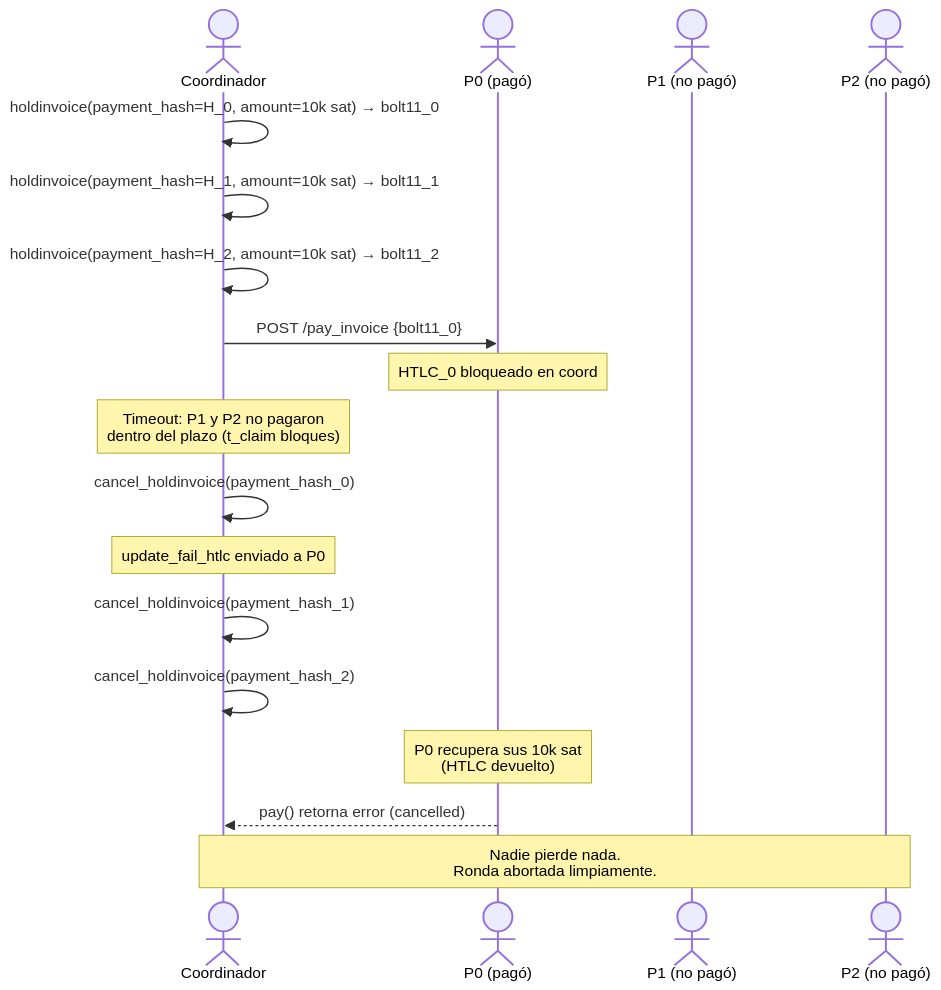
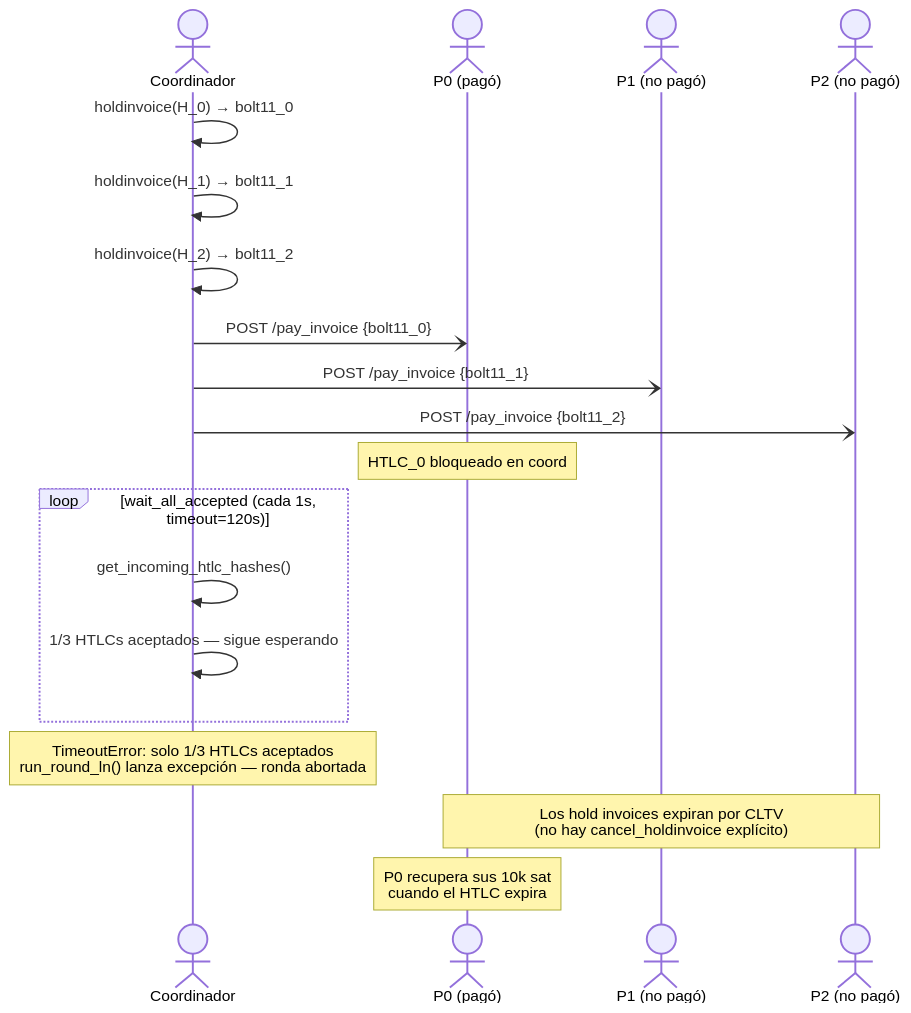
Before and after one commit to jmo-ytp/tanda.btc: the fourth of 5 diagrams in docs/sequence-diagrams-ln.md, drawn with Mermaid. The commit also changed other lines of this file, not shown here.

First line of the commit message:
docs(diagrams-ln): reescribir diagramas de secuencia LN con flujo real

````diff
--- a/docs/sequence-diagrams-ln.md
+++ b/docs/sequence-diagrams-ln.md
@@ -157,27 +154,27 @@
 ```mermaid
 sequenceDiagram
     actor C  as Coordinador
     actor P0 as P0 (pagó)
     actor P1 as P1 (no pagó)
     actor P2 as P2 (no pagó)
 
-    C->>C: holdinvoice(payment_hash=H_0, amount=10k sat) → bolt11_0
-    C->>C: holdinvoice(payment_hash=H_1, amount=10k sat) → bolt11_1
-    C->>C: holdinvoice(payment_hash=H_2, amount=10k sat) → bolt11_2
+    C->>C: holdinvoice(H_0) → bolt11_0
+    C->>C: holdinvoice(H_1) → bolt11_1
+    C->>C: holdinvoice(H_2) → bolt11_2
 
-    C->>P0: POST /pay_invoice {bolt11_0}
+    C-)P0: POST /pay_invoice {bolt11_0}
+    C-)P1: POST /pay_invoice {bolt11_1}
+    C-)P2: POST /pay_invoice {bolt11_2}
+
     Note over P0: HTLC_0 bloqueado en coord
 
-    Note over C: Timeout: P1 y P2 no pagaron<br/>dentro del plazo (t_claim bloques)
+    loop wait_all_accepted (cada 1s, timeout=120s)
+        C->>C: get_incoming_htlc_hashes()
+        C->>C: 1/3 HTLCs aceptados — sigue esperando
+    end
 
-    C->>C: cancel_holdinvoice(payment_hash_0)
-    Note over C: update_fail_htlc enviado a P0
+    Note over C: TimeoutError: solo 1/3 HTLCs aceptados<br/>run_round_ln() lanza excepción — ronda abortada
 
-    C->>C: cancel_holdinvoice(payment_hash_1)
-    C->>C: cancel_holdinvoice(payment_hash_2)
-
-    Note over P0: P0 recupera sus 10k sat<br/>(HTLC devuelto)
-    P0-->>C: pay() retorna error (cancelled)
-
-    Note over C,P2: Nadie pierde nada.<br/>Ronda abortada limpiamente.
+    Note over P0,P2: Los hold invoices expiran por CLTV<br/>(no hay cancel_holdinvoice explícito)
+    Note over P0: P0 recupera sus 10k sat<br/>cuando el HTLC expira
 ```
````
